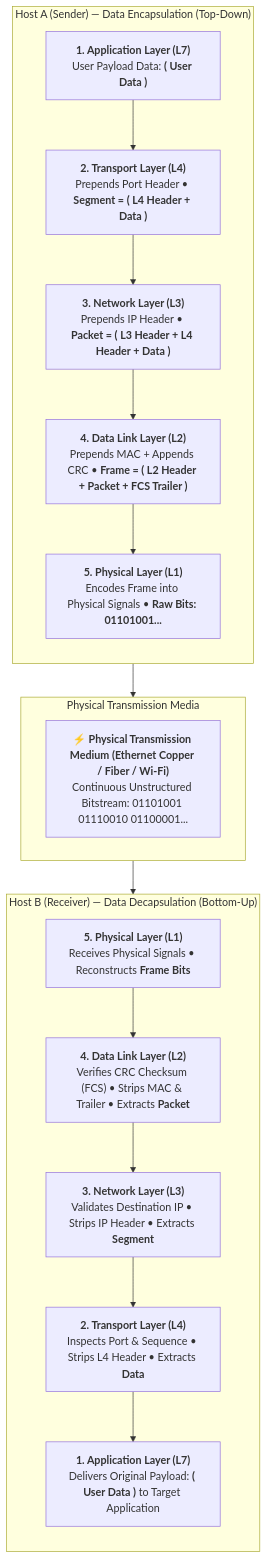
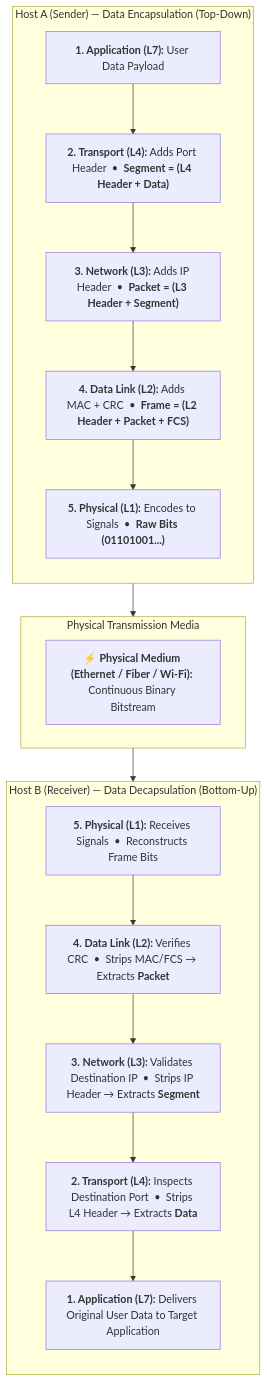
Before and after one commit to rohithgowda18/Notes: the second of 5 diagrams in 03-Computer-Networks/OSI-Model-7-Layers.md, drawn with Mermaid. The commit also changed other lines of this file, not shown here.

Commit message:
style: fix encapsulation nodes to strictly 1 line preventing narrow wrapping collapse

````diff
--- a/03-Computer-Networks/OSI-Model-7-Layers.md
+++ b/03-Computer-Networks/OSI-Model-7-Layers.md
@@ -68,28 +68,28 @@
 ```mermaid
 flowchart TD
     subgraph Sender["Host A (Sender) — Data Encapsulation (Top-Down)"]
         direction TB
-        E1["<b>1. Application Layer (L7)</b><br/>User Payload Data: <b>( User Data )</b>"]
-        E2["<b>2. Transport Layer (L4)</b><br/>Prepends Port Header &bull; <b>Segment = ( L4 Header + Data )</b>"]
-        E3["<b>3. Network Layer (L3)</b><br/>Prepends IP Header &bull; <b>Packet = ( L3 Header + L4 Header + Data )</b>"]
-        E4["<b>4. Data Link Layer (L2)</b><br/>Prepends MAC + Appends CRC &bull; <b>Frame = ( L2 Header + Packet + FCS Trailer )</b>"]
-        E5["<b>5. Physical Layer (L1)</b><br/>Encodes Frame into Physical Signals &bull; <b>Raw Bits: 01101001...</b>"]
+        E1["<b>1. Application (L7):</b> User Data Payload"]
+        E2["<b>2. Transport (L4):</b> Adds Port Header &nbsp;&bull;&nbsp; <b>Segment = (L4 Header + Data)</b>"]
+        E3["<b>3. Network (L3):</b> Adds IP Header &nbsp;&bull;&nbsp; <b>Packet = (L3 Header + Segment)</b>"]
+        E4["<b>4. Data Link (L2):</b> Adds MAC + CRC &nbsp;&bull;&nbsp; <b>Frame = (L2 Header + Packet + FCS)</b>"]
+        E5["<b>5. Physical (L1):</b> Encodes to Signals &nbsp;&bull;&nbsp; <b>Raw Bits (01101001...)</b>"]
         E1 --> E2 --> E3 --> E4 --> E5
     end
 
     subgraph Channel["Physical Transmission Media"]
-        Cable["⚡ <b>Physical Transmission Medium (Ethernet Copper / Fiber / Wi-Fi)</b><br/>Continuous Unstructured Bitstream: 01101001 01110010 01100001..."]
+        Cable["⚡ <b>Physical Medium (Ethernet / Fiber / Wi-Fi):</b> Continuous Binary Bitstream"]
     end
 
     subgraph Receiver["Host B (Receiver) — Data Decapsulation (Bottom-Up)"]
         direction TB
-        D5["<b>5. Physical Layer (L1)</b><br/>Receives Physical Signals &bull; Reconstructs <b>Frame Bits</b>"]
-        D4["<b>4. Data Link Layer (L2)</b><br/>Verifies CRC Checksum (FCS) &bull; Strips MAC & Trailer &bull; Extracts <b>Packet</b>"]
-        D3["<b>3. Network Layer (L3)</b><br/>Validates Destination IP &bull; Strips IP Header &bull; Extracts <b>Segment</b>"]
-        D2["<b>2. Transport Layer (L4)</b><br/>Inspects Port & Sequence &bull; Strips L4 Header &bull; Extracts <b>Data</b>"]
-        D1["<b>1. Application Layer (L7)</b><br/>Delivers Original Payload: <b>( User Data )</b> to Target Application"]
+        D5["<b>5. Physical (L1):</b> Receives Signals &nbsp;&bull;&nbsp; Reconstructs Frame Bits"]
+        D4["<b>4. Data Link (L2):</b> Verifies CRC &nbsp;&bull;&nbsp; Strips MAC/FCS &rarr; Extracts <b>Packet</b>"]
+        D3["<b>3. Network (L3):</b> Validates Destination IP &nbsp;&bull;&nbsp; Strips IP Header &rarr; Extracts <b>Segment</b>"]
+        D2["<b>2. Transport (L4):</b> Inspects Destination Port &nbsp;&bull;&nbsp; Strips L4 Header &rarr; Extracts <b>Data</b>"]
+        D1["<b>1. Application (L7):</b> Delivers Original User Data to Target Application"]
         D5 --> D4 --> D3 --> D2 --> D1
     end
 
     Sender --> Channel --> Receiver
 ```
````
